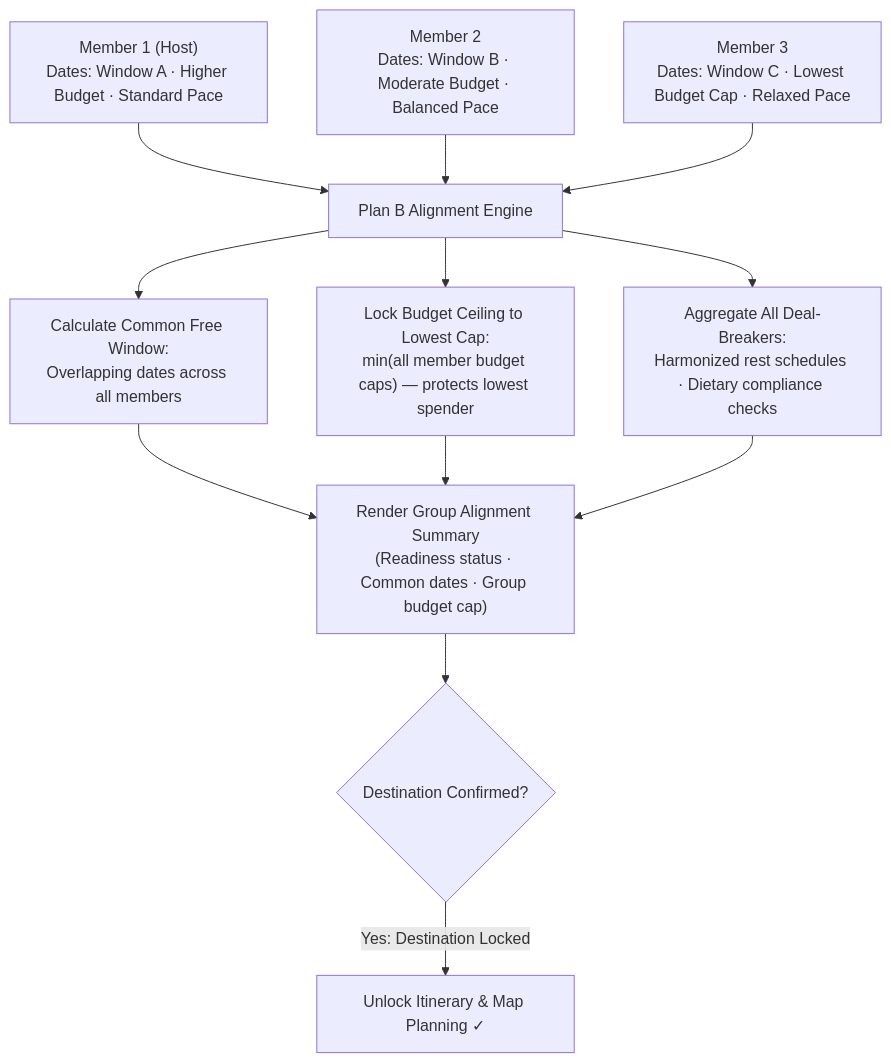
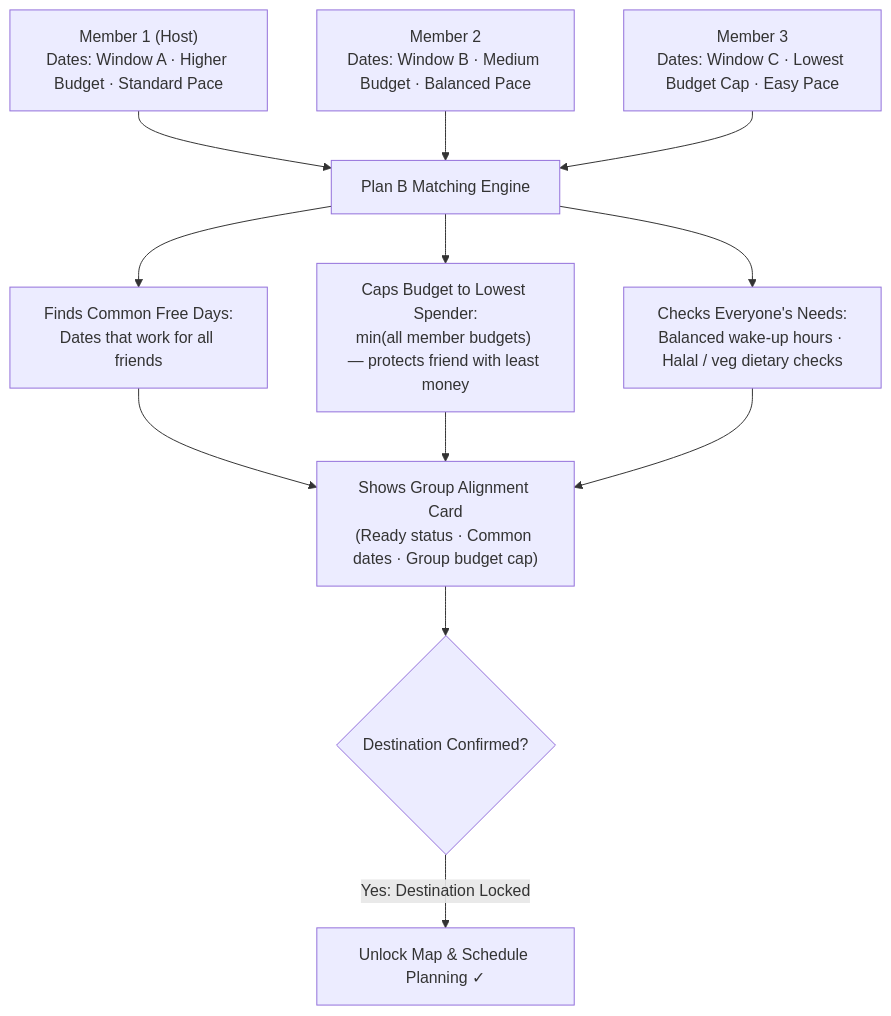
The eighth of 21 diagrams in README.md (nlzce/We-are-the-champions_Plan-B), drawn with Mermaid before and after one commit. The commit also changed other lines of this file, not shown here.

````diff
--- a/README.md
+++ b/README.md
@@ -327,17 +327,17 @@
 ```mermaid
 flowchart TD
-  F1["Member 1 (Host)<br/>Dates: Window A · Higher Budget · Standard Pace"] --> MatchEngine["Plan B Alignment Engine"]
-  F2["Member 2<br/>Dates: Window B · Moderate Budget · Balanced Pace"] --> MatchEngine
-  F3["Member 3<br/>Dates: Window C · Lowest Budget Cap · Relaxed Pace"] --> MatchEngine
+  F1["Member 1 (Host)<br/>Dates: Window A · Higher Budget · Standard Pace"] --> MatchEngine["Plan B Matching Engine"]
+  F2["Member 2<br/>Dates: Window B · Medium Budget · Balanced Pace"] --> MatchEngine
+  F3["Member 3<br/>Dates: Window C · Lowest Budget Cap · Easy Pace"] --> MatchEngine
 
-  MatchEngine --> Win["Calculate Common Free Window:<br/>Overlapping dates across all members"]
-  MatchEngine --> Cap["Lock Budget Ceiling to Lowest Cap:<br/>min(all member budget caps) — protects lowest spender"]
-  MatchEngine --> Rules["Aggregate All Deal-Breakers:<br/>Harmonized rest schedules · Dietary compliance checks"]
+  MatchEngine --> Win["Finds Common Free Days:<br/>Dates that work for all friends"]
+  MatchEngine --> Cap["Caps Budget to Lowest Spender:<br/>min(all member budgets) — protects friend with least money"]
+  MatchEngine --> Rules["Checks Everyone's Needs:<br/>Balanced wake-up hours · Halal / veg dietary checks"]
 
-  Win --> SummaryCard["Render Group Alignment Summary<br/>(Readiness status · Common dates · Group budget cap)"]
+  Win --> SummaryCard["Shows Group Alignment Card<br/>(Ready status · Common dates · Group budget cap)"]
   Cap --> SummaryCard
   Rules --> SummaryCard
 
   SummaryCard --> ConfirmDest{"Destination Confirmed?"}
-  ConfirmDest -->|Yes: Destination Locked| UnlockPlan["Unlock Itinerary & Map Planning ✓"]
+  ConfirmDest -->|Yes: Destination Locked| UnlockPlan["Unlock Map & Schedule Planning ✓"]
 ```
````
